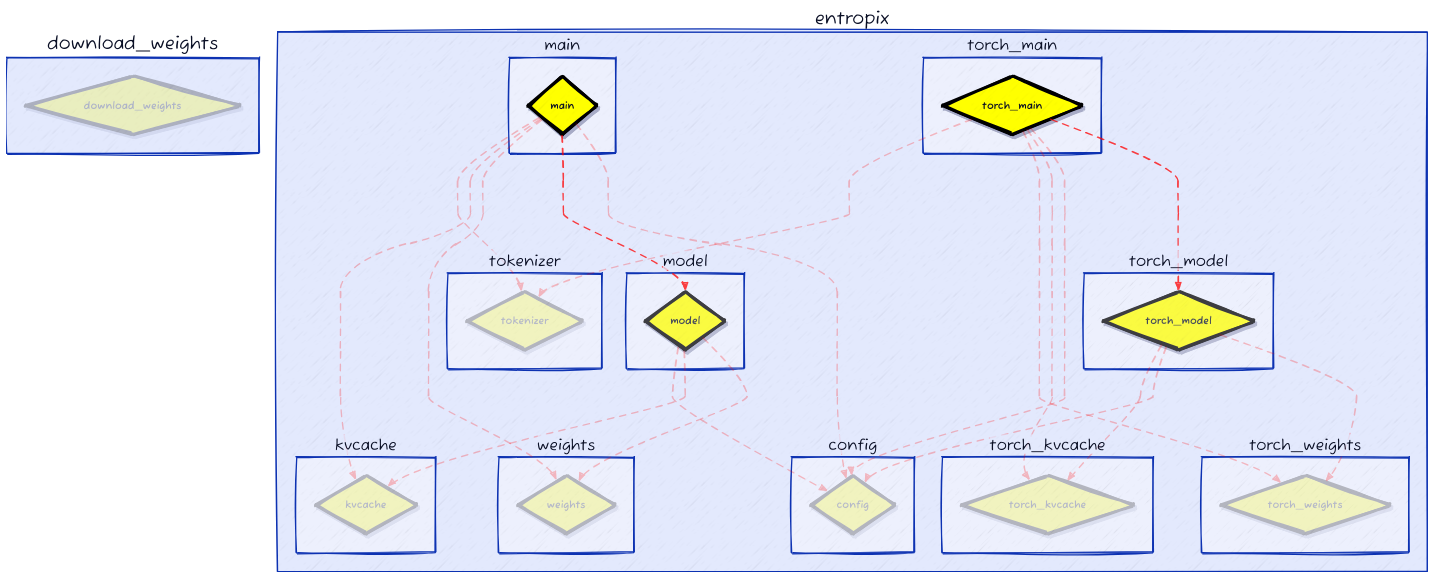
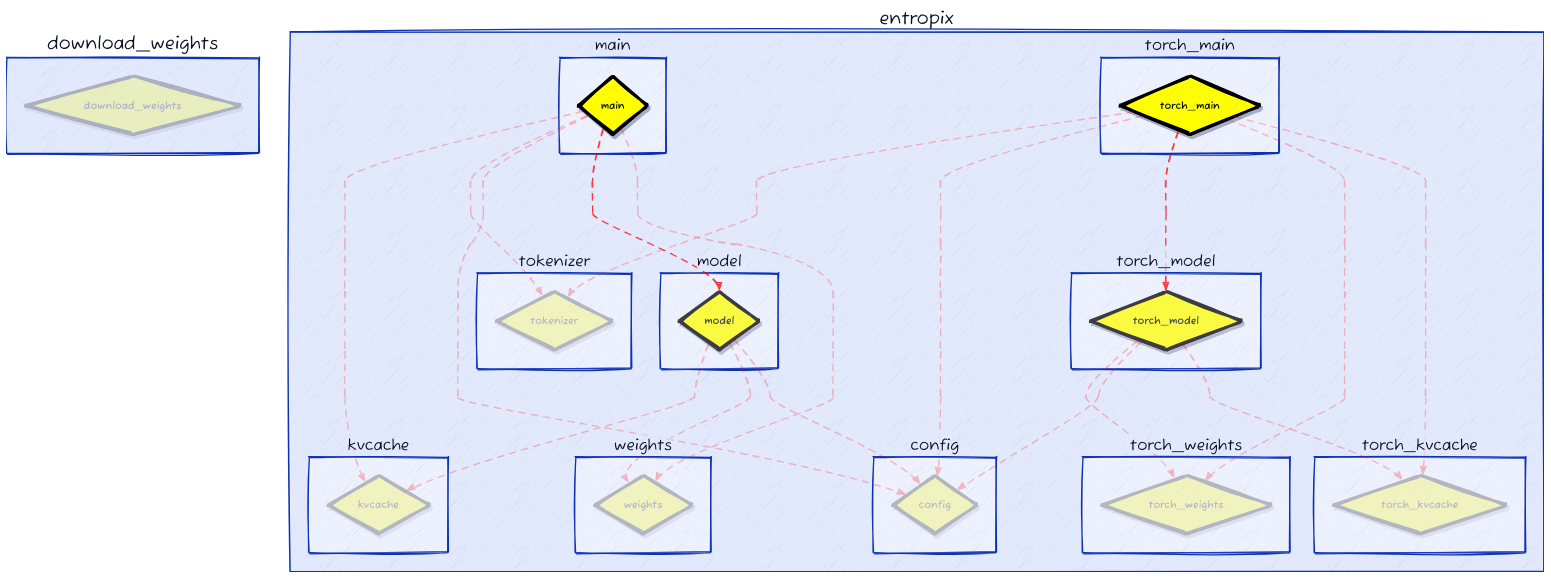
One commit to fangyuan-ksgk/heuristic-search changed the diagram in eoh/d2_output/commit_3_progress_0.22.d2. Above: the diagram before and after it, drawn with D2. The commit also changed other lines of this file and 204 other files, not shown here.

```diff
--- a/eoh/d2_output/commit_3_progress_0.22.d2
+++ b/eoh/d2_output/commit_3_progress_0.22.d2
@@ -145,20 +145,6 @@
     shadow: true
   }
 }
-entropix.main.main -> entropix.tokenizer.tokenizer: {
-  style.stroke: red
-  style.opacity: 0.24
-  style.stroke-width: 2
-  style.stroke-dash: 5
-  style.animated: true
-}
-entropix.main.main -> entropix.kvcache.kvcache: {
-  style.stroke: red
-  style.opacity: 0.24
-  style.stroke-width: 2
-  style.stroke-dash: 5
-  style.animated: true
-}
 entropix.main.main -> entropix.weights.weights: {
   style.stroke: red
   style.opacity: 0.24
@@ -180,7 +166,28 @@
   style.stroke-dash: 5
   style.animated: true
 }
+entropix.main.main -> entropix.tokenizer.tokenizer: {
+  style.stroke: red
+  style.opacity: 0.24
+  style.stroke-width: 2
+  style.stroke-dash: 5
+  style.animated: true
+}
+entropix.main.main -> entropix.kvcache.kvcache: {
+  style.stroke: red
+  style.opacity: 0.24
+  style.stroke-width: 2
+  style.stroke-dash: 5
+  style.animated: true
+}
 entropix.model.model -> entropix.config.config: {
+  style.stroke: red
+  style.opacity: 0.24
+  style.stroke-width: 2
+  style.stroke-dash: 5
+  style.animated: true
+}
+entropix.model.model -> entropix.weights.weights: {
   style.stroke: red
   style.opacity: 0.24
   style.stroke-width: 2
@@ -194,14 +201,7 @@
   style.stroke-dash: 5
   style.animated: true
 }
-entropix.model.model -> entropix.weights.weights: {
-  style.stroke: red
-  style.opacity: 0.24
-  style.stroke-width: 2
-  style.stroke-dash: 5
-  style.animated: true
-}
-entropix.torch_main.torch_main -> entropix.tokenizer.tokenizer: {
+entropix.torch_main.torch_main -> entropix.torch_kvcache.torch_kvcache: {
   style.stroke: red
   style.opacity: 0.24
   style.stroke-width: 2
@@ -215,9 +215,9 @@
   style.stroke-dash: 5
   style.animated: true
 }
-entropix.torch_main.torch_main -> entropix.torch_kvcache.torch_kvcache: {
+entropix.torch_main.torch_main -> entropix.torch_model.torch_model: {
   style.stroke: red
-  style.opacity: 0.24
+  style.opacity: 0.74
   style.stroke-width: 2
   style.stroke-dash: 5
   style.animated: true
@@ -229,9 +229,9 @@
   style.stroke-dash: 5
   style.animated: true
 }
-entropix.torch_main.torch_main -> entropix.torch_model.torch_model: {
+entropix.torch_main.torch_main -> entropix.tokenizer.tokenizer: {
   style.stroke: red
-  style.opacity: 0.74
+  style.opacity: 0.24
   style.stroke-width: 2
   style.stroke-dash: 5
   style.animated: true
```
